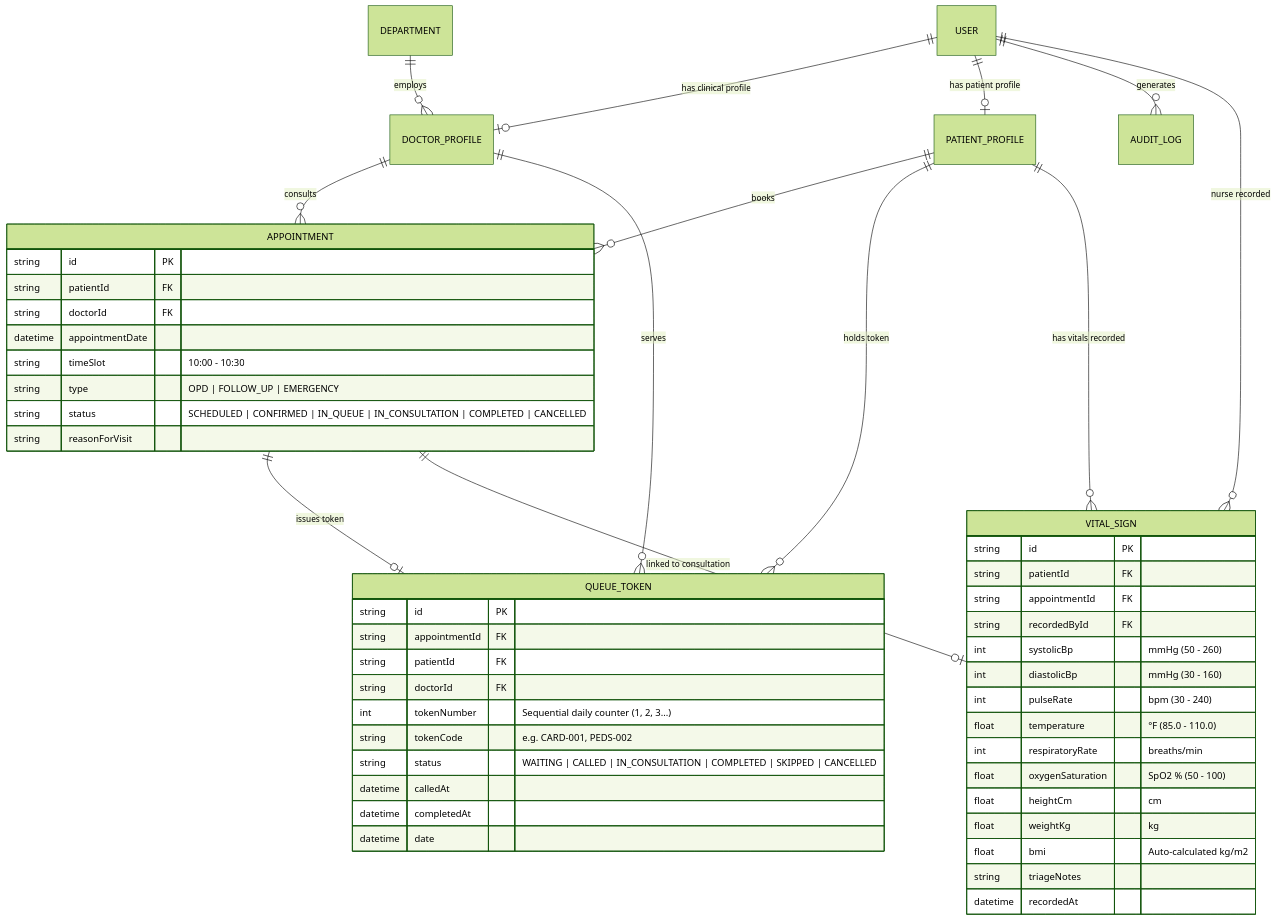
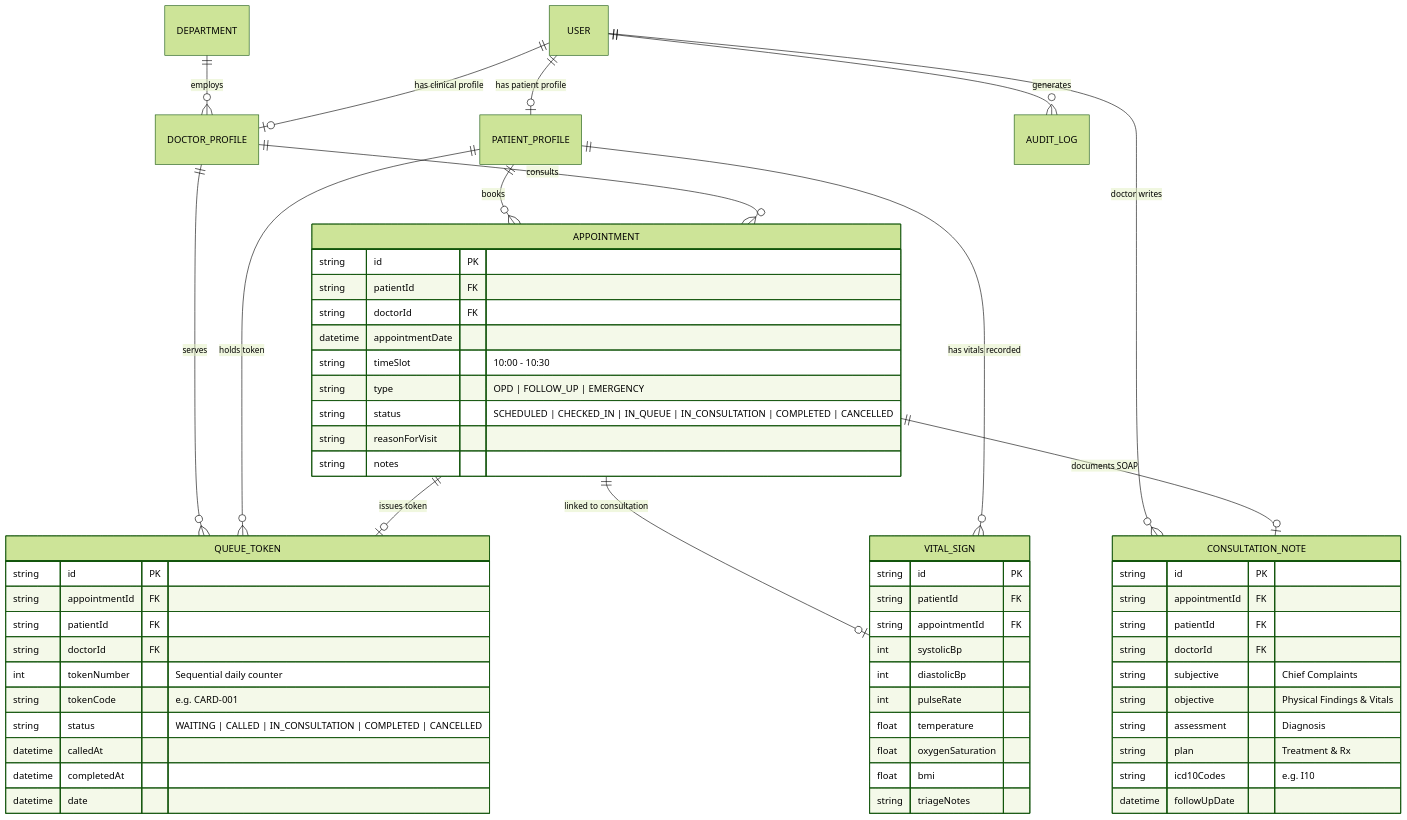
One commit to ansariking51214/Smart-Hospital-management-system changed the diagram in README.md. Above: the diagram before and after it, drawn with Mermaid (forest theme). The commit also changed other lines of this file and 11 other files, not shown here.

Commit message:
feat(module2-day5): implement appointment status flow, OPD Kanban pipeline, clinical SOAP consultation notes, longitudinal patient journey timeline, and finalize Module 2

````diff
--- a/README.md
+++ b/README.md
@@ -118,57 +80,67 @@
 ```mermaid
 erDiagram
     USER ||--o| DOCTOR_PROFILE : "has clinical profile"
     USER ||--o| PATIENT_PROFILE : "has patient profile"
     USER ||--o{ AUDIT_LOG : "generates"
     DEPARTMENT ||--o{ DOCTOR_PROFILE : "employs"
     DOCTOR_PROFILE ||--o{ APPOINTMENT : "consults"
     PATIENT_PROFILE ||--o{ APPOINTMENT : "books"
     APPOINTMENT ||--o| QUEUE_TOKEN : "issues token"
     PATIENT_PROFILE ||--o{ QUEUE_TOKEN : "holds token"
     DOCTOR_PROFILE ||--o{ QUEUE_TOKEN : "serves"
     PATIENT_PROFILE ||--o{ VITAL_SIGN : "has vitals recorded"
     APPOINTMENT ||--o| VITAL_SIGN : "linked to consultation"
-    USER ||--o{ VITAL_SIGN : "nurse recorded"
+    APPOINTMENT ||--o| CONSULTATION_NOTE : "documents SOAP"
+    USER ||--o{ CONSULTATION_NOTE : "doctor writes"
 
     APPOINTMENT {
         string id PK
         string patientId FK
         string doctorId FK
         datetime appointmentDate
         string timeSlot "10:00 - 10:30"
         string type "OPD | FOLLOW_UP | EMERGENCY"
-        string status "SCHEDULED | CONFIRMED | IN_QUEUE | IN_CONSULTATION | COMPLETED | CANCELLED"
+        string status "SCHEDULED | CHECKED_IN | IN_QUEUE | IN_CONSULTATION | COMPLETED | CANCELLED"
         string reasonForVisit
+        string notes
+    }
+
+    CONSULTATION_NOTE {
+        string id PK
+        string appointmentId FK
+        string patientId FK
+        string doctorId FK
+        string subjective "Chief Complaints"
+        string objective "Physical Findings & Vitals"
+        string assessment "Diagnosis"
+        string plan "Treatment & Rx"
+        string icd10Codes "e.g. I10"
+        datetime followUpDate
     }
 
     QUEUE_TOKEN {
         string id PK
         string appointmentId FK
         string patientId FK
         string doctorId FK
-        int tokenNumber "Sequential daily counter (1, 2, 3...)"
-        string tokenCode "e.g. CARD-001, PEDS-002"
-        string status "WAITING | CALLED | IN_CONSULTATION | COMPLETED | SKIPPED | CANCELLED"
+        int tokenNumber "Sequential daily counter"
+        string tokenCode "e.g. CARD-001"
+        string status "WAITING | CALLED | IN_CONSULTATION | COMPLETED | CANCELLED"
         datetime calledAt
         datetime completedAt
         datetime date
     }
 
     VITAL_SIGN {
         string id PK
         string patientId FK
         string appointmentId FK
-        string recordedById FK
-        int systolicBp "mmHg (50 - 260)"
-        int diastolicBp "mmHg (30 - 160)"
-        int pulseRate "bpm (30 - 240)"
-        float temperature "°F (85.0 - 110.0)"
-        int respiratoryRate "breaths/min"
-        float oxygenSaturation "SpO2 % (50 - 100)"
-        float heightCm "cm"
-        float weightKg "kg"
-        float bmi "Auto-calculated kg/m2"
+        int systolicBp
+        int diastolicBp
+        int pulseRate
+        float temperature
+        float oxygenSaturation
+        float bmi
         string triageNotes
-        datetime recordedAt
     }
 ```
````
